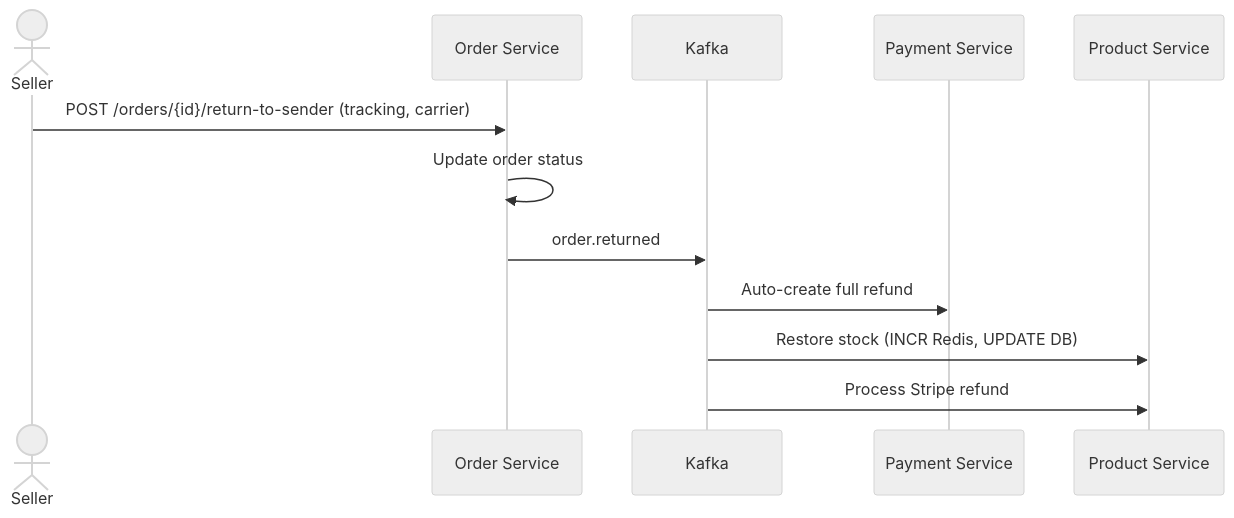
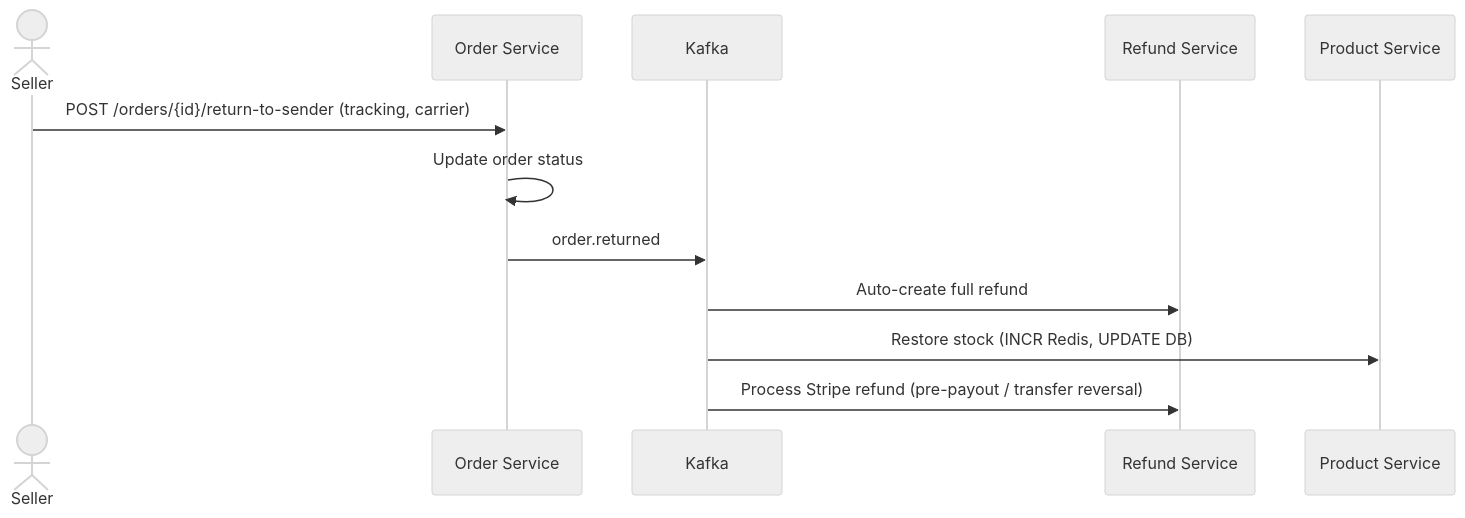
One commit to ldqanh1408/stealing-from-paradise changed diagram 12 of 15 in documents/overview/FLOWS.md. Above: the diagram before and after it, drawn with Mermaid (neutral theme). The commit also changed 121 other files, not shown here.

Commit message:
chore: add refund service with initial implementation and configuration, including new API endpoints and database schema updates

````diff
--- a/documents/overview/FLOWS.md
+++ b/documents/overview/FLOWS.md
@@ -249,15 +249,15 @@
 ```mermaid
 sequenceDiagram
     actor Seller
     participant OS as Order Service
     participant Kafka
-    participant PayS as Payment Service
+    participant RefS as Refund Service
     participant PS as Product Service
 
     Seller->>OS: POST /orders/{id}/return-to-sender (tracking, carrier)
     OS->>OS: Update order status
     OS->>Kafka: order.returned
-    Kafka->>PayS: Auto-create full refund
+    Kafka->>RefS: Auto-create full refund
     Kafka->>PS: Restore stock (INCR Redis, UPDATE DB)
-    Kafka->>PS: Process Stripe refund
+    Kafka->>RefS: Process Stripe refund (pre-payout / transfer reversal)
 ```
````
